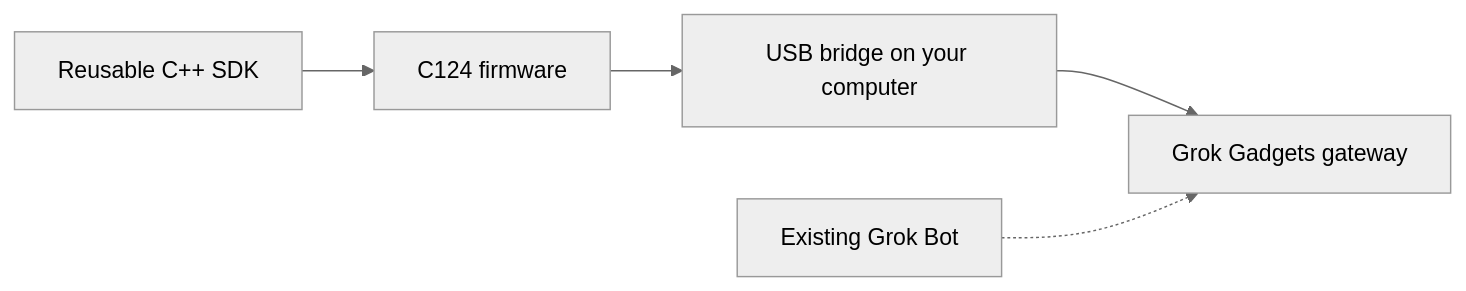
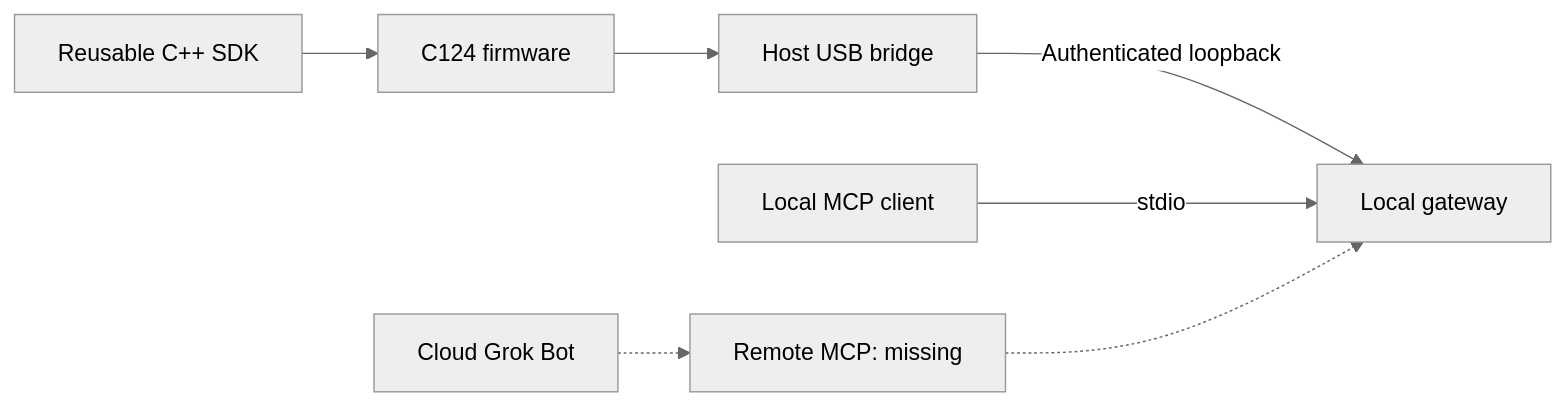
One commit to adidshaft/grok-gadgets changed the diagram in docs/components/grok-gadgets-esp32-sdk-README.md. Above: the diagram before and after it, drawn with Mermaid (neutral theme). The commit also changed other lines of this file and 44 other files, not shown here.

````diff
--- a/docs/components/grok-gadgets-esp32-sdk-README.md
+++ b/docs/components/grok-gadgets-esp32-sdk-README.md
@@ -15,7 +15,9 @@
 ```mermaid
 flowchart LR
     SDK["Reusable C++ SDK"] --> FW["C124 firmware"]
-    FW --> USB["USB bridge on your computer"]
-    USB --> GW["Grok Gadgets gateway"]
-    BOT["Existing Grok Bot"] -.-> GW
+    FW --> USB["Host USB bridge"]
+    USB -->|"Authenticated loopback"| GW["Local gateway"]
+    LOCAL["Local MCP client"] -->|"stdio"| GW
+    BOT["Cloud Grok Bot"] -.-> REMOTE["Remote MCP: missing"]
+    REMOTE -.-> GW
 ```
````
